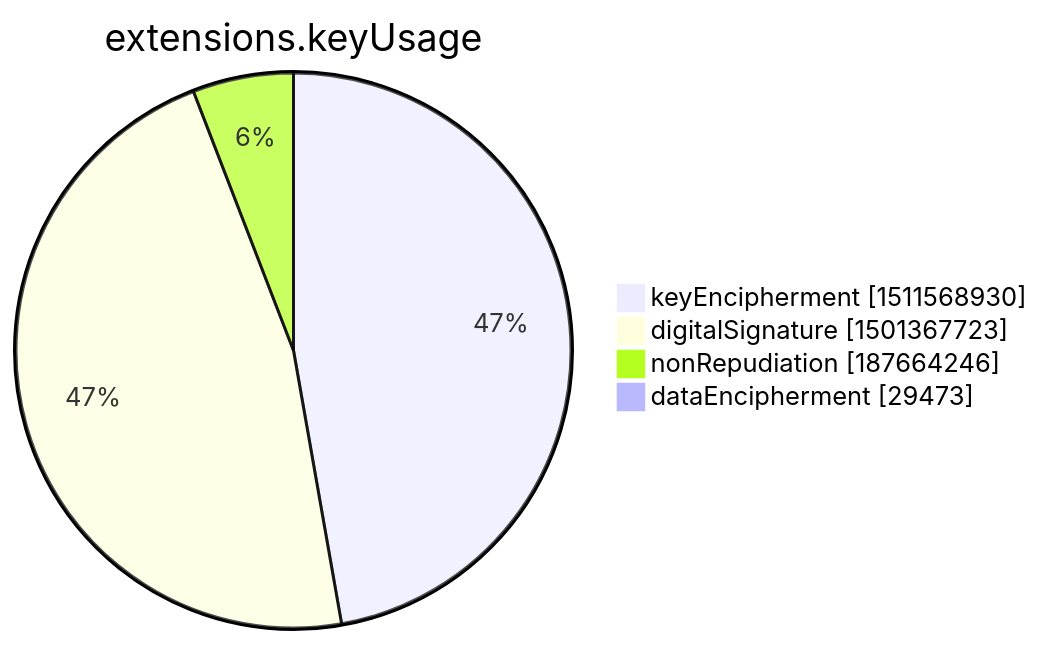
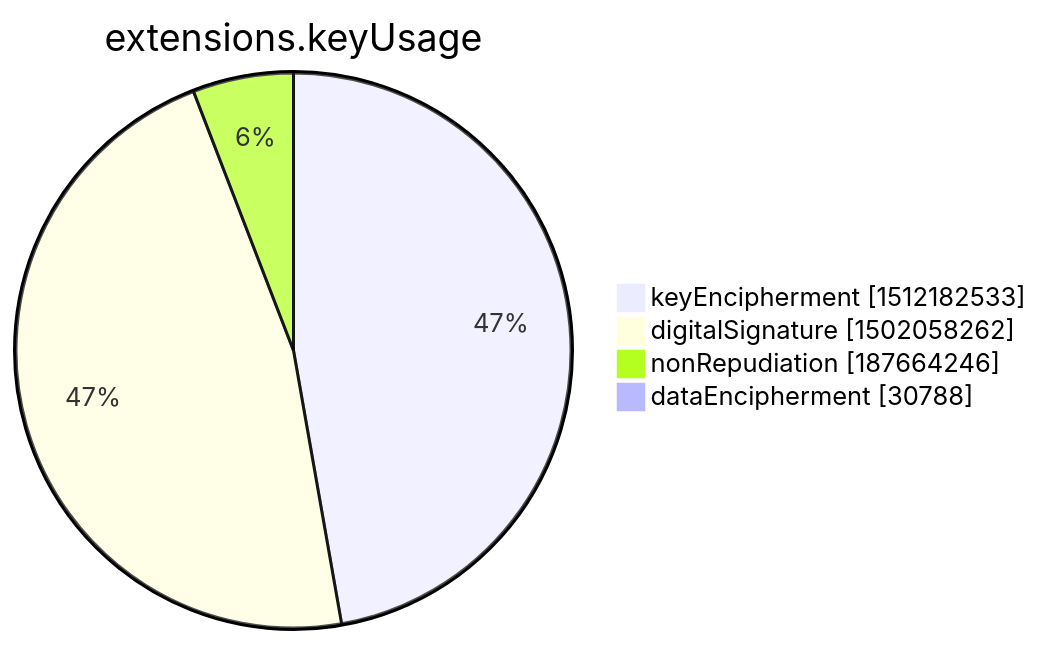
Before and after one commit to christiankrug/ctmonitor_visualization: the seventh of 15 diagrams in xenon2022/README.md, drawn with Mermaid. The commit also changed other lines of this file, not shown here.

````diff
--- a/xenon2022/README.md
+++ b/xenon2022/README.md
@@ -2846,8 +2846,8 @@
 ```mermaid
 pie showData
 title extensions.keyUsage
-"keyEncipherment" :1511568930
-"digitalSignature" :1501367723
+"keyEncipherment" :1512182533
+"digitalSignature" :1502058262
 "nonRepudiation" :187664246
-"dataEncipherment" :29473
+"dataEncipherment" :30788
 ```
````
